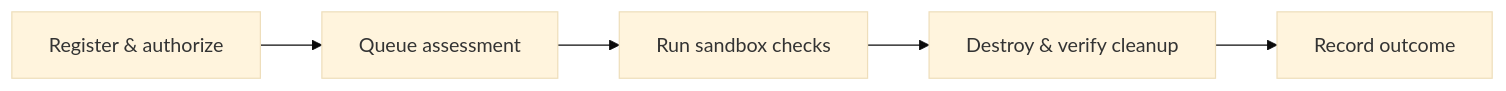
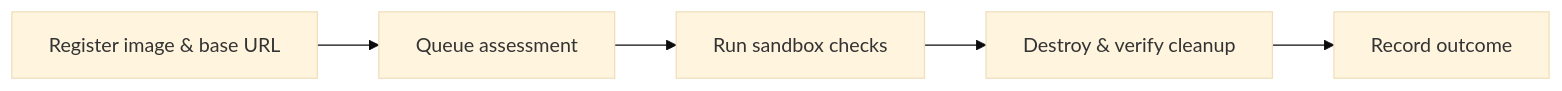
One commit to seireth/seireth changed the diagram in README.md. Above: the diagram before and after it, drawn with Mermaid (base theme). The commit also changed other lines of this file and 2 other files, not shown here.

````diff
--- a/README.md
+++ b/README.md
@@ -28,7 +28,7 @@
 ```mermaid
 flowchart LR
-    A[Register & authorize] --> B[Queue assessment]
+    A[Register image & base URL] --> B[Queue assessment]
     B --> C[Run sandbox checks]
     C --> D[Destroy & verify cleanup]
     D --> E[Record outcome]
 ```
````
